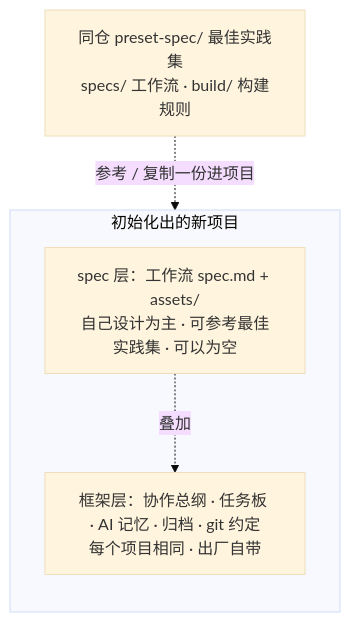
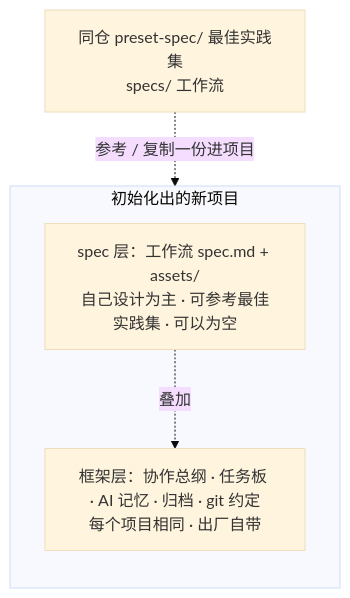
One commit to The-Daybreaker/project-spec changed the second of 2 diagrams in README.md. Above: the diagram before and after it, drawn with Mermaid (base theme). The commit also changed other lines of this file and 10 other files, not shown here.

First line of the commit message:
feat(spec): build 构建规则内置进模板 spec/build、移出 preset-spec（决策 70）

````diff
--- a/README.md
+++ b/README.md
@@ -48,11 +48,11 @@
 ```mermaid
 flowchart TB
-  SHELF["同仓 preset-spec/ 最佳实践集<br/>specs/ 工作流 · build/ 构建规则"]
+  SHELF["同仓 preset-spec/ 最佳实践集<br/>specs/ 工作流"]
   subgraph PROJ["初始化出的新项目"]
     direction TB
     SPEC["spec 层：工作流 spec.md + assets/<br/>自己设计为主 · 可参考最佳实践集 · 可以为空"]
     FRAME["框架层：协作总纲 · 任务板 · AI 记忆 · 归档 · git 约定<br/>每个项目相同 · 出厂自带"]
     SPEC -. "叠加" .-> FRAME
   end
   SHELF -. "参考 / 复制一份进项目" .-> SPEC
 ```
````
